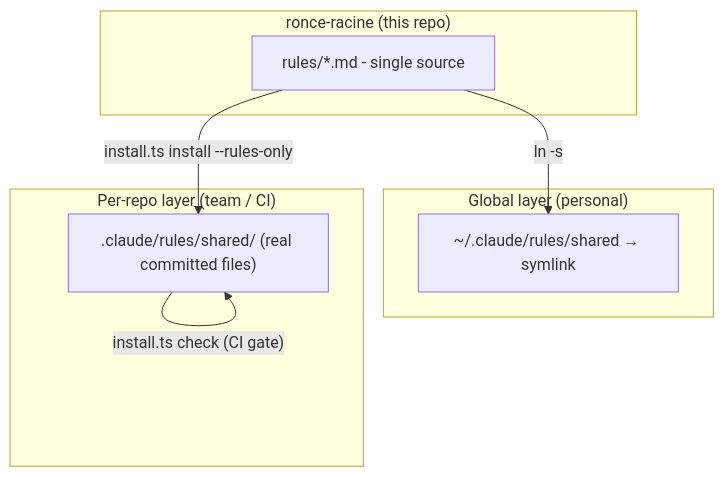
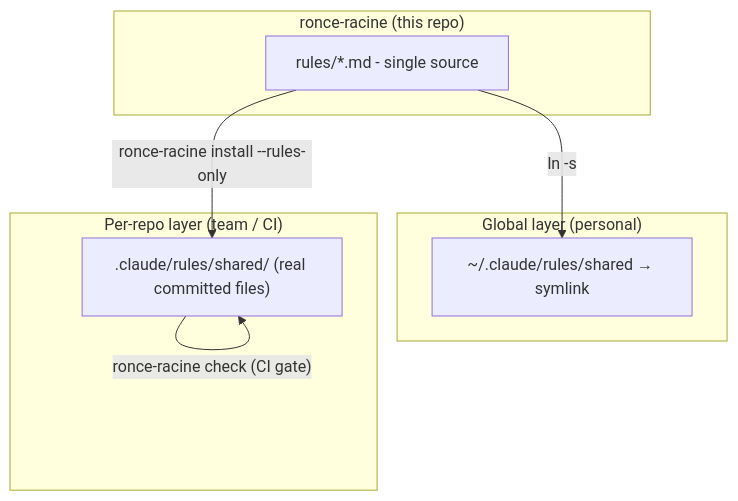
Before and after one commit to ChariereFiedler/ronce-racine: the first of 2 diagrams in docs/architecture.md, drawn with Mermaid. The commit also changed other lines of this file and 20 other files, not shown here.

````diff
--- a/docs/architecture.md
+++ b/docs/architecture.md
@@ -11,15 +11,15 @@
 ```mermaid
 flowchart TB
     subgraph canon["ronce-racine (this repo)"]
         R["rules/*.md - single source"]
     end
     subgraph perso["Global layer (personal)"]
         S["~/.claude/rules/shared → symlink"]
     end
     subgraph repos["Per-repo layer (team / CI)"]
         A[".claude/rules/shared/ (real committed files)"]
     end
     R -->|"ln -s"| S
-    R -->|"install.ts install --rules-only"| A
-    A -->|"install.ts check (CI gate)"| A
+    R -->|"ronce-racine install --rules-only"| A
+    A -->|"ronce-racine check (CI gate)"| A
 ```
````
